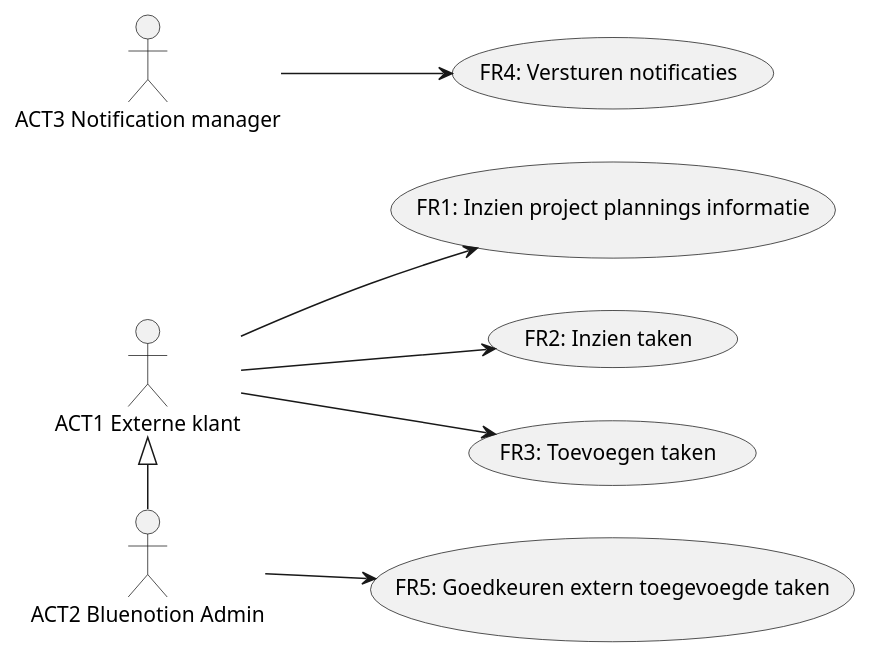
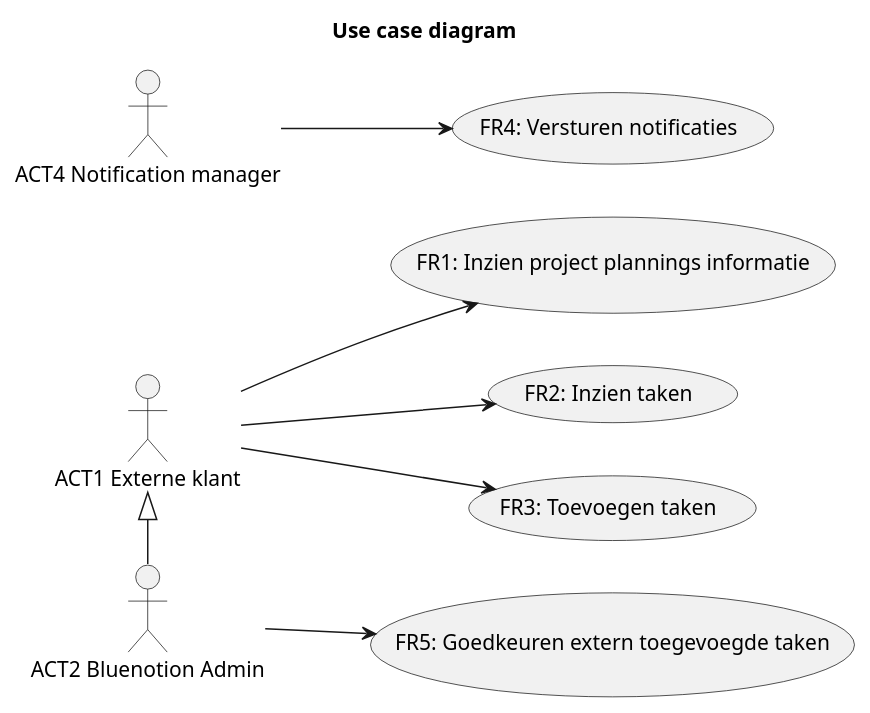
Before and after one commit to DCReceveur/pre-afstudeer-docs: the fifth of 5 diagrams in Documentatie/FunctioneelOntwerp.md, drawn with PlantUML. The commit also changed other lines of this file, not shown here.

````diff
--- a/Documentatie/FunctioneelOntwerp.md
+++ b/Documentatie/FunctioneelOntwerp.md
@@ -242,25 +401,25 @@
 ```plantuml
+title Use case diagram
 left to right direction
 
 :ACT1 Externe klant: as KL
 :ACT2 Bluenotion Admin: as ADM
-:ACT3 Notification manager: as Notification
+:ACT4 Notification manager: as Notification
 
 (FR1: Inzien project plannings informatie) as FR1
 (FR2: Inzien taken) as FR2
 (FR3: Toevoegen taken) as FR3
 (FR4: Versturen notificaties) as FR4
 (FR5: Goedkeuren extern toegevoegde taken) as FR5
 
 KL -DOWN-> FR1
 KL -DOWN-> FR2
 KL -DOWN-> FR3
 
 
 ADM-DOWN->FR5
 Notification-DOWN->FR4
 
 ADM-LEFT-|>KL
 
-
 ```
````
